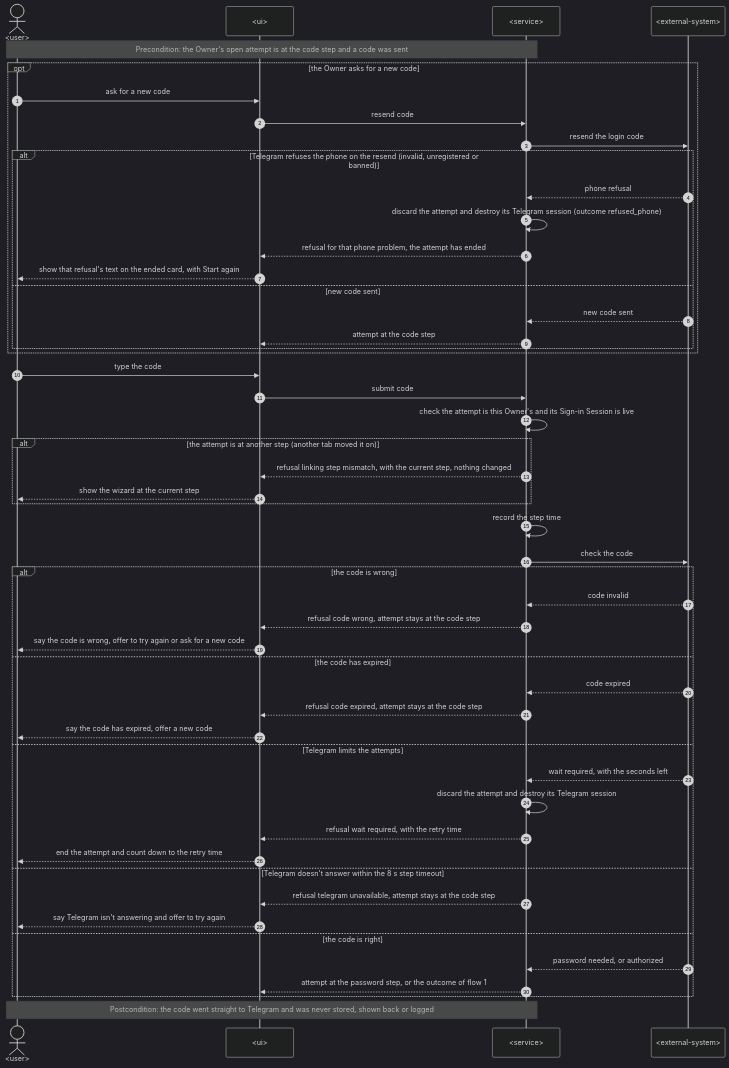
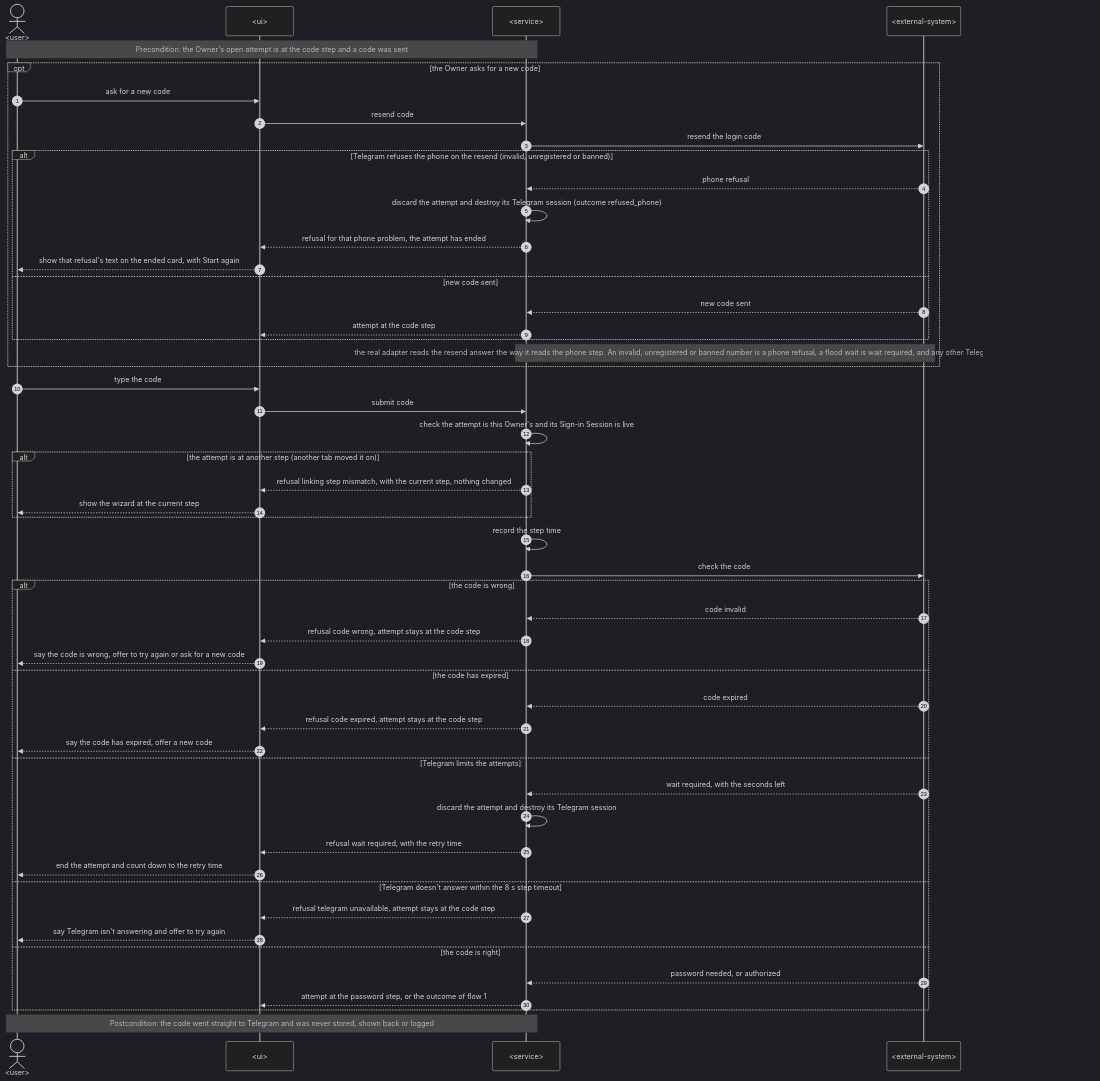
Before and after one commit to drnetua/telex: the eighth of 15 diagrams in docs/features/telegram-link/sad.md, drawn with Mermaid (dark theme). The commit also changed other lines of this file and 3 other files, not shown here.

First line of the commit message:
docs(telegram-link): Sync sad, ux-flows, screens and spec with the third-review fixes

````diff
--- a/docs/features/telegram-link/sad.md
+++ b/docs/features/telegram-link/sad.md
@@ -445,54 +447,55 @@
 ```mermaid
 sequenceDiagram
     autonumber
     actor O as <user>
     participant U as <ui>
     participant S as <service>
     participant X as <external-system>
 
     Note over O,S: Precondition: the Owner's open attempt is at the code step and a code was sent
     opt the Owner asks for a new code
         O->>U: ask for a new code
         U->>S: resend code
         S->>X: resend the login code
         alt Telegram refuses the phone on the resend (invalid, unregistered or banned)
             X-->>S: phone refusal
             S->>S: discard the attempt and destroy its Telegram session (outcome refused_phone)
             S-->>U: refusal for that phone problem, the attempt has ended
             U-->>O: show that refusal's text on the ended card, with Start again
         else new code sent
             X-->>S: new code sent
             S-->>U: attempt at the code step
         end
+        Note over S,X: the real adapter reads the resend answer the way it reads the phone step. An invalid, unregistered or banned number is a phone refusal, a flood wait is wait required, and any other Telegram error is telegram unavailable
     end
     O->>U: type the code
     U->>S: submit code
     S->>S: check the attempt is this Owner's and its Sign-in Session is live
     alt the attempt is at another step (another tab moved it on)
         S-->>U: refusal linking step mismatch, with the current step, nothing changed
         U-->>O: show the wizard at the current step
     end
     S->>S: record the step time
     S->>X: check the code
     alt the code is wrong
         X-->>S: code invalid
         S-->>U: refusal code wrong, attempt stays at the code step
         U-->>O: say the code is wrong, offer to try again or ask for a new code
     else the code has expired
         X-->>S: code expired
         S-->>U: refusal code expired, attempt stays at the code step
         U-->>O: say the code has expired, offer a new code
     else Telegram limits the attempts
         X-->>S: wait required, with the seconds left
         S->>S: discard the attempt and destroy its Telegram session
         S-->>U: refusal wait required, with the retry time
         U-->>O: end the attempt and count down to the retry time
     else Telegram doesn't answer within the 8 s step timeout
         S-->>U: refusal telegram unavailable, attempt stays at the code step
         U-->>O: say Telegram isn't answering and offer to try again
     else the code is right
         X-->>S: password needed, or authorized
         S-->>U: attempt at the password step, or the outcome of flow 1
     end
     Note over O,S: Postcondition: the code went straight to Telegram and was never stored, shown back or logged
 ```
````
